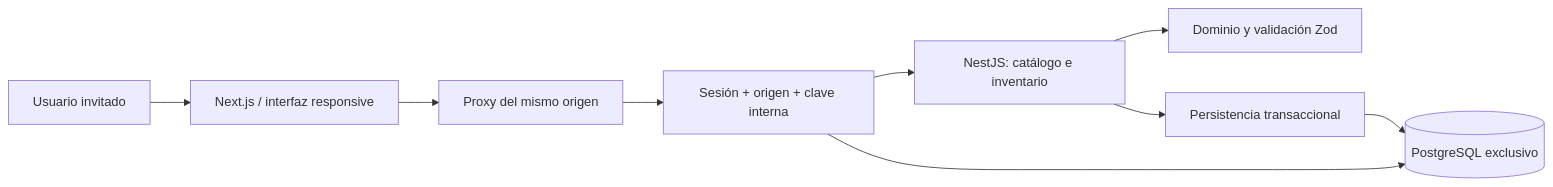
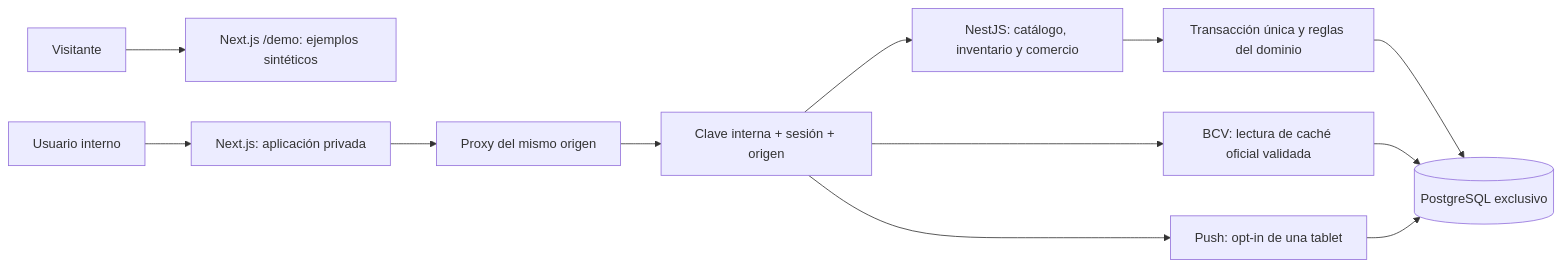
The diagram in docs/architecture.md (milanexpress2026-commits/manzanas-maracay), drawn with Mermaid before and after one commit. The commit also changed other lines of this file and 217 other files, not shown here.

````diff
--- a/docs/architecture.md
+++ b/docs/architecture.md
@@ -7,11 +7,14 @@
 ```mermaid
 flowchart LR
-  U[Usuario invitado] --> W[Next.js / interfaz responsive]
+  V[Visitante] --> D[Next.js /demo: ejemplos sintéticos]
+  U[Usuario interno] --> W[Next.js: aplicación privada]
   W --> P[Proxy del mismo origen]
-  P --> G[Sesión + origen + clave interna]
-  G --> A[NestJS: catálogo e inventario]
-  A --> D[Dominio y validación Zod]
-  A --> R[Persistencia transaccional]
-  G --> DB[(PostgreSQL exclusivo)]
+  P --> G[Clave interna + sesión + origen]
+  G --> A[NestJS: catálogo, inventario y comercio]
+  A --> T[Transacción única y reglas del dominio]
+  T --> DB[(PostgreSQL exclusivo)]
+  G --> R[BCV: lectura de caché oficial validada]
   R --> DB
+  G --> N[Push: opt-in de una tablet]
+  N --> DB
 ```
````
